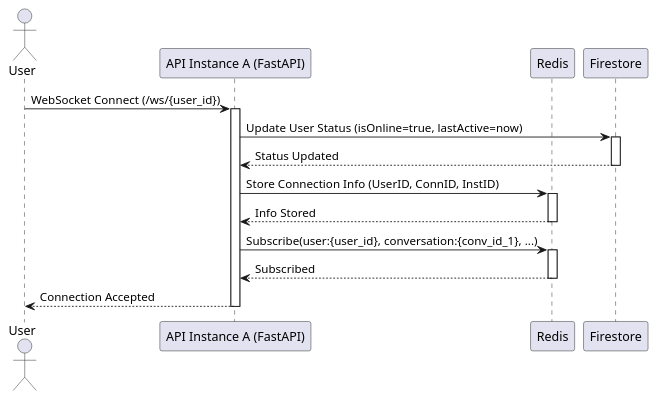
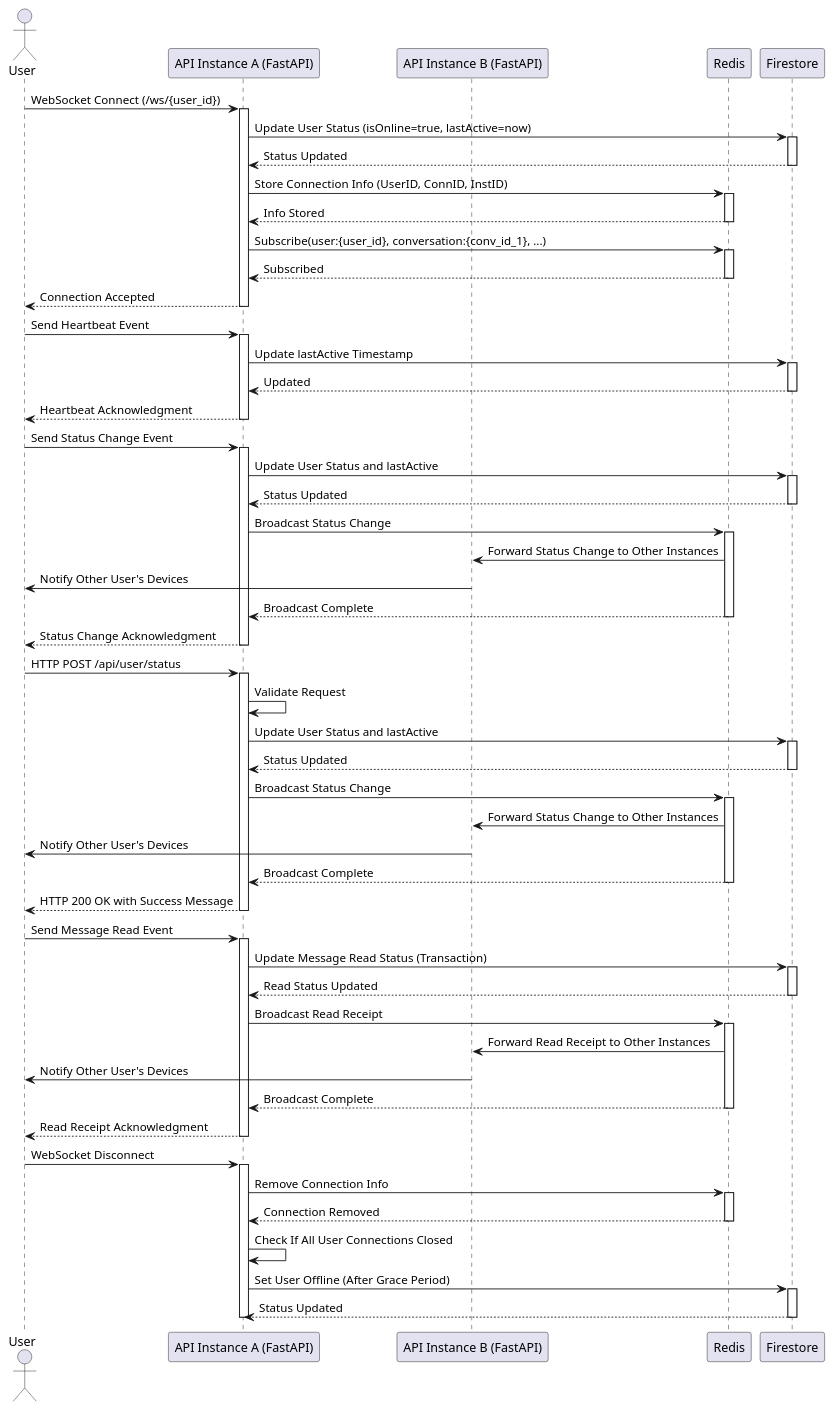
Before and after one commit to Software-Architecture-HCMUT-242/zalo-phake: the diagram in chat_management/docs/web_socket_flow.puml, drawn with PlantUML. The commit also changed 2 other files, not shown here.

Commit message:
Implement user status update via WebSocket and REST API; enhance activity handling and broadcast status changes

```diff
--- a/chat_management/docs/web_socket_flow.puml
+++ b/chat_management/docs/web_socket_flow.puml
@@ -1,24 +1,99 @@
 @startuml WebSocket Connection
 actor User
 participant "API Instance A (FastAPI)" as InstA
+participant "API Instance B (FastAPI)" as InstB
 participant "Redis" as Redis
 participant "Firestore" as FS
 
+' Connection and Setup Flow
 User -> InstA : WebSocket Connect (/ws/{user_id})
 activate InstA
 InstA -> FS : Update User Status (isOnline=true, lastActive=now)
 activate FS
 FS --> InstA : Status Updated
 deactivate FS
 InstA -> Redis : Store Connection Info (UserID, ConnID, InstID)
 activate Redis
 Redis --> InstA : Info Stored
 deactivate Redis
 InstA -> Redis : Subscribe(user:{user_id}, conversation:{conv_id_1}, ...)
 activate Redis
 Redis --> InstA : Subscribed
 deactivate Redis
 InstA --> User : Connection Accepted
 deactivate InstA
 
+' Heartbeat Flow
+User -> InstA : Send Heartbeat Event
+activate InstA
+InstA -> FS : Update lastActive Timestamp
+activate FS
+FS --> InstA : Updated
+deactivate FS
+InstA --> User : Heartbeat Acknowledgment
+deactivate InstA
+
+' Status Change Flow via WebSocket
+User -> InstA : Send Status Change Event
+activate InstA
+InstA -> FS : Update User Status and lastActive
+activate FS
+FS --> InstA : Status Updated
+deactivate FS
+InstA -> Redis : Broadcast Status Change
+activate Redis
+Redis -> InstB : Forward Status Change to Other Instances
+InstB -> User : Notify Other User's Devices
+Redis --> InstA : Broadcast Complete
+deactivate Redis
+InstA --> User : Status Change Acknowledgment
+deactivate InstA
+
+' Status Change Flow via REST API
+User -> InstA : HTTP POST /api/user/status
+activate InstA
+InstA -> InstA : Validate Request
+InstA -> FS : Update User Status and lastActive
+activate FS
+FS --> InstA : Status Updated
+deactivate FS
+InstA -> Redis : Broadcast Status Change
+activate Redis
+Redis -> InstB : Forward Status Change to Other Instances
+InstB -> User : Notify Other User's Devices
+Redis --> InstA : Broadcast Complete
+deactivate Redis
+InstA --> User : HTTP 200 OK with Success Message
+deactivate InstA
+
+' Read Receipt Flow
+User -> InstA : Send Message Read Event
+activate InstA
+InstA -> FS : Update Message Read Status (Transaction)
+activate FS
+FS --> InstA : Read Status Updated
+deactivate FS
+InstA -> Redis : Broadcast Read Receipt
+activate Redis
+Redis -> InstB : Forward Read Receipt to Other Instances
+InstB -> User : Notify Other User's Devices
+Redis --> InstA : Broadcast Complete
+deactivate Redis
+InstA --> User : Read Receipt Acknowledgment
+deactivate InstA
+
+' Disconnect Flow
+User -> InstA : WebSocket Disconnect
+activate InstA
+InstA -> Redis : Remove Connection Info
+activate Redis
+Redis --> InstA : Connection Removed
+deactivate Redis
+InstA -> InstA : Check If All User Connections Closed
+InstA -> FS : Set User Offline (After Grace Period)
+activate FS
+FS --> InstA : Status Updated
+deactivate FS
+deactivate InstA
+
 @enduml
```
